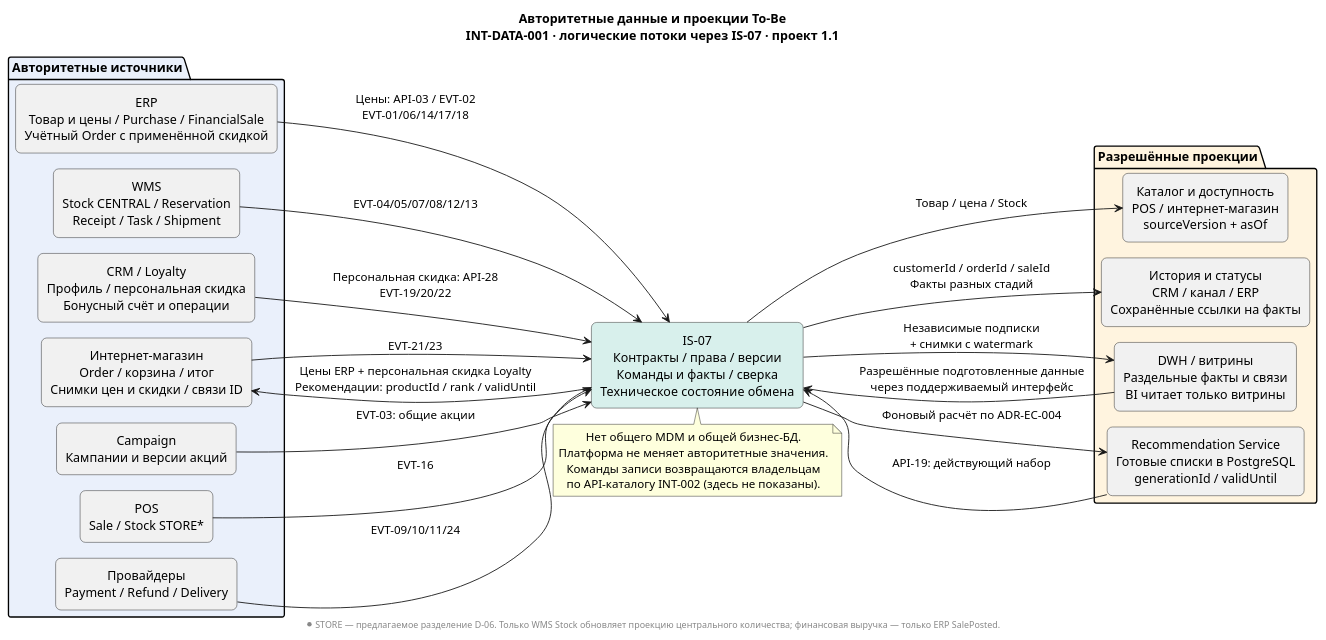
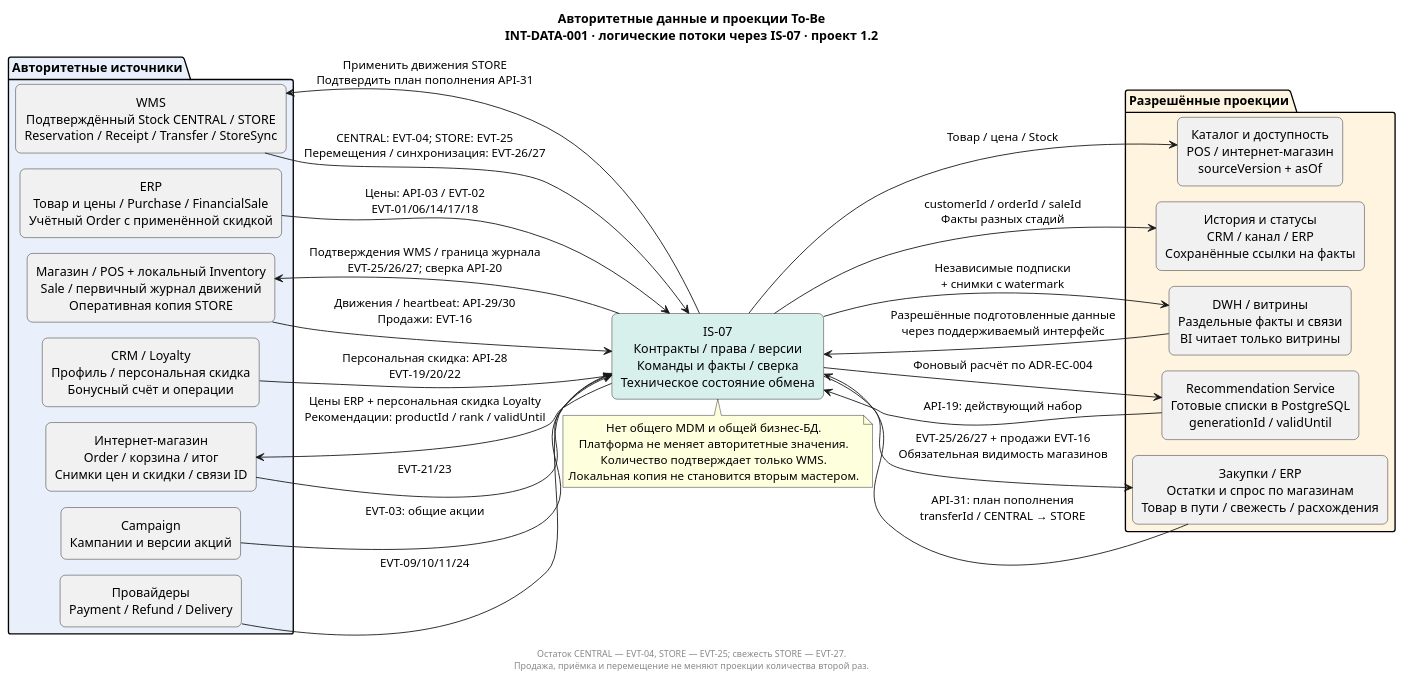
Before and after one commit to rsingatulin/hse_architecture: the diagram in 06_integration_architecture/diagrams/INT-DATA-001-ownership.puml, drawn with PlantUML. The commit also changed 30 other files, not shown here.

Commit message:
Добавить обязательный обмен магазинов с WMS и закупками

```diff
--- a/06_integration_architecture/diagrams/INT-DATA-001-ownership.puml
+++ b/06_integration_architecture/diagrams/INT-DATA-001-ownership.puml
@@ -1,47 +1,56 @@
 @startuml INT-DATA-001-ownership
 !pragma layout smetana
 skinparam backgroundColor white
 skinparam defaultFontName Arial
 skinparam shadowing false
 skinparam rectangleRoundCorner 12
 skinparam defaultTextAlignment center
 left to right direction
-title Авторитетные данные и проекции To-Be\nINT-DATA-001 · логические потоки через IS-07 · проект 1.1
+title Авторитетные данные и проекции To-Be\nINT-DATA-001 · логические потоки через IS-07 · проект 1.2
 package "Авторитетные источники" #EAF0FB {
  rectangle "ERP\nТовар и цены / Purchase / FinancialSale\nУчётный Order с применённой скидкой" as ERP
- rectangle "WMS\nStock CENTRAL / Reservation\nReceipt / Task / Shipment" as WMS
+ rectangle "WMS\nПодтверждённый Stock CENTRAL / STORE\nReservation / Receipt / Transfer / StoreSync" as WMS
  rectangle "CRM / Loyalty\nПрофиль / персональная скидка\nБонусный счёт и операции" as CRM
  rectangle "Campaign\nКампании и версии акций" as CAMPAIGN
- rectangle "POS\nSale / Stock STORE*" as POS
+ rectangle "Магазин / POS + локальный Inventory\nSale / первичный журнал движений\nОперативная копия STORE" as POS
  rectangle "Провайдеры\nPayment / Refund / Delivery" as EXT
  rectangle "Интернет-магазин\nOrder / корзина / итог\nСнимки цен и скидки / связи ID" as EC
 }
 rectangle "IS-07\nКонтракты / права / версии\nКоманды и факты / сверка\nТехническое состояние обмена" as IP #D8F0EC
 package "Разрешённые проекции" #FFF4DF {
  rectangle "Каталог и доступность\nPOS / интернет-магазин\nsourceVersion + asOf" as CAT
  rectangle "История и статусы\nCRM / канал / ERP\nСохранённые ссылки на факты" as HISTORY
  rectangle "DWH / витрины\nРаздельные факты и связи\nBI читает только витрины" as DWH
  rectangle "Recommendation Service\nГотовые списки в PostgreSQL\ngenerationId / validUntil" as REC
+ rectangle "Закупки / ERP\nОстатки и спрос по магазинам\nТовар в пути / свежесть / расхождения" as PROC
 }
 ERP --> IP : Цены: API-03 / EVT-02\nEVT-01/06/14/17/18
-WMS --> IP : EVT-04/05/07/08/12/13
+WMS --> IP : CENTRAL: EVT-04; STORE: EVT-25\nПеремещения / синхронизация: EVT-26/27
 CRM --> IP : Персональная скидка: API-28\nEVT-19/20/22
 CAMPAIGN --> IP : EVT-03: общие акции
-POS --> IP : EVT-16
+POS --> IP : Движения / heartbeat: API-29/30\nПродажи: EVT-16
+IP --> WMS : Применить движения STORE\nПодтвердить план пополнения API-31
+IP --> POS : Подтверждения WMS / граница журнала\nEVT-25/26/27; сверка API-20
 EXT --> IP : EVT-09/10/11/24
 EC --> IP : EVT-21/23
 IP --> CAT : Товар / цена / Stock
 IP --> HISTORY : customerId / orderId / saleId\nФакты разных стадий
 IP --> DWH : Независимые подписки\n+ снимки с watermark
+IP --> PROC : EVT-25/26/27 + продажи EVT-16\nОбязательная видимость магазинов
+PROC --> IP : API-31: план пополнения\ntransferId / CENTRAL → STORE
 DWH --> IP : Разрешённые подготовленные данные\nчерез поддерживаемый интерфейс
 IP --> REC : Фоновый расчёт по ADR-EC-004
 REC --> IP : API-19: действующий набор
 IP --> EC : Цены ERP + персональная скидка Loyalty\nРекомендации: productId / rank / validUntil
 note bottom of IP
   Нет общего MDM и общей бизнес-БД.
   Платформа не меняет авторитетные значения.
-  Команды записи возвращаются владельцам
-  по API-каталогу INT-002 (здесь не показаны).
+  Количество подтверждает только WMS.
+  Локальная копия не становится вторым мастером.
 end note
-footer * STORE — предлагаемое разделение D-06. Только WMS Stock обновляет проекцию центрального количества; финансовая выручка — только ERP SalePosted.
+footer
+
+Остаток CENTRAL — EVT-04, STORE — EVT-25; свежесть STORE — EVT-27.
+Продажа, приёмка и перемещение не меняют проекции количества второй раз.
+end footer
 @enduml
```
